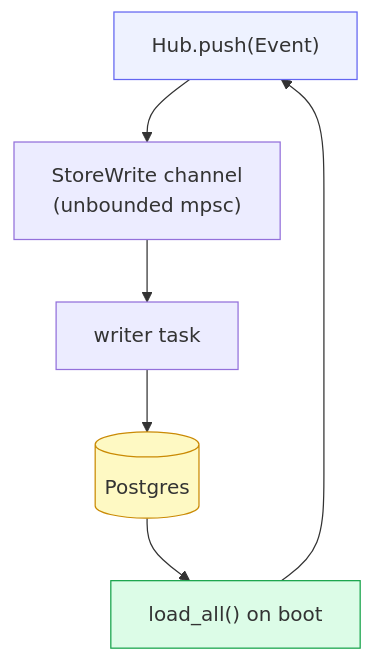
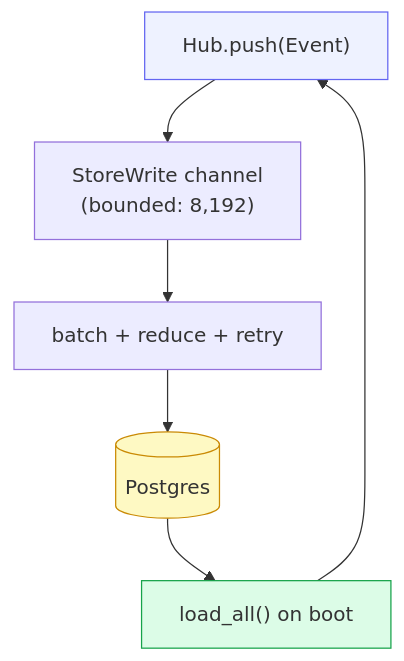
Before and after one commit to dravengarden/cowboy: the diagram in docs/architecture/05-storage.md, drawn with Mermaid. The commit also changed other lines of this file and 43 other files, not shown here.

````diff
--- a/docs/architecture/05-storage.md
+++ b/docs/architecture/05-storage.md
@@ -14,12 +16,12 @@
 ```mermaid
 flowchart TB
-    HUB["Hub.push(Event)"] --> CH["StoreWrite channel<br/>(unbounded mpsc)"]
-    CH --> WR["writer task"]
+    HUB["Hub.push(Event)"] --> CH["StoreWrite channel<br/>(bounded: 8,192)"]
+    CH --> WR["batch + reduce + retry"]
     WR --> PG[("Postgres")]
     PG --> RST["load_all() on boot"]
     RST --> HUB
 
     style HUB fill:#eef2ff,stroke:#6366f1
     style PG fill:#fef9c3,stroke:#ca8a04
     style RST fill:#dcfce7,stroke:#16a34a
 ```
````
